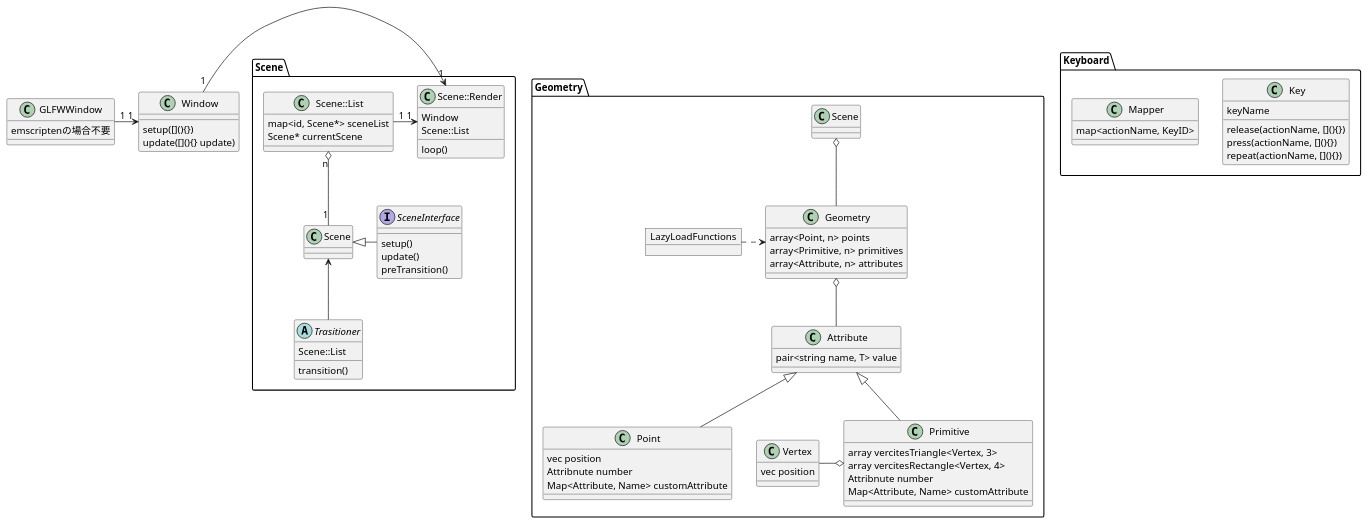
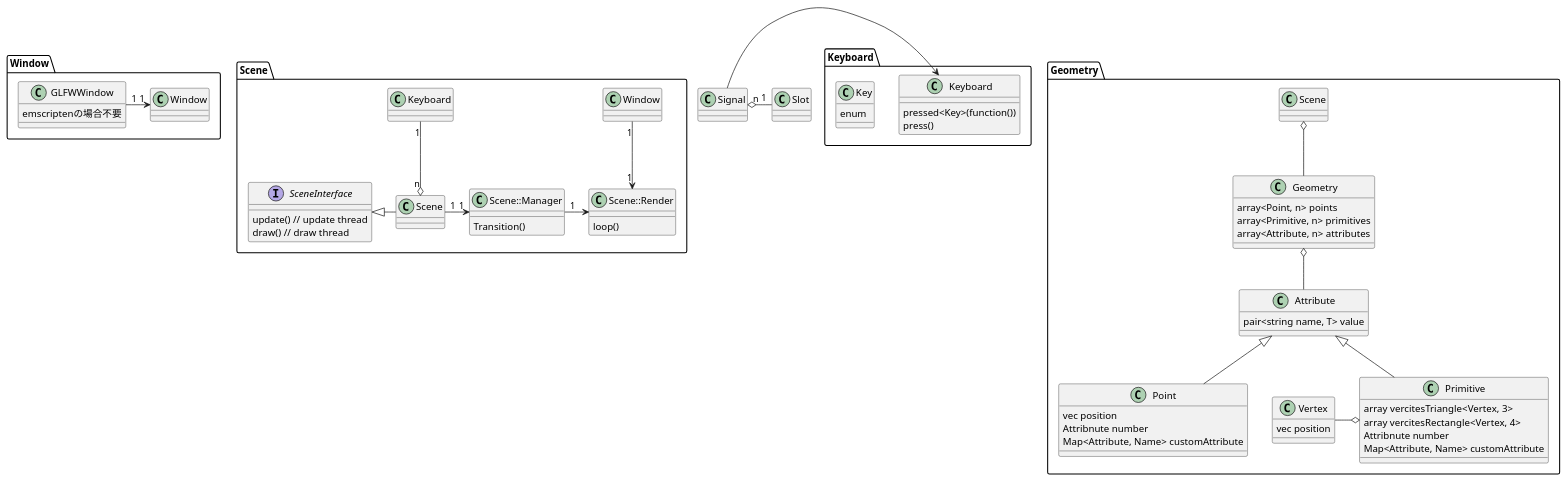
The diagram in UML/classs.pu (thu0x31/Learn_OpenGL_and_Managers), drawn with PlantUML before and after one commit. The commit also changed 17 other files, not shown here.

Commit message:
Transition Scene if Key press

```diff
--- a/UML/classs.pu
+++ b/UML/classs.pu
@@ -1,104 +1,92 @@
 @startuml thux
 ' eventは各自のオブジェクトが持ちたい
 
-class GLFWWindow {
-    emscriptenの場合不要
-}
-GLFWWindow "1" -> "1" Window
+package Window {
+    class GLFWWindow {
+        emscriptenの場合不要
+    }
+    GLFWWindow "1" -> "1" Window
 
-class Window {
-    setup([](){})
-    update([](){} update)
-}
-' Window --> Scene
-' Window --> Geometry
-
-package Scene {
-
-    class Scene::List {
-        map<id, Scene*> sceneList
-        Scene* currentScene
-    }
-    Scene::List "n" o-- "1" Scene
-    
-    class Scene::Render {
-        Window
-        Scene::List
-        loop()
-    }
-    Window "1" -> "1" Scene::Render
-    Scene::List "1" -> "1" Scene::Render
-
-    Scene <|- SceneInterface
-    interface SceneInterface {
-        setup()
-        update()
-        preTransition()
-    }
-
-    Scene <-- Trasitioner
-    abstract Trasitioner {
-        Scene::List
-        transition()
+    class Window {
     }
 }
 
+package Scene {
+    class Scene::Manager {
+        Transition()
+    }
+    Scene "1" -> "1" Scene::Manager
+    Keyboard "1" --o "n" Scene
+    
+    class Scene::Render {
+        loop()
+    }
+    Window "1" --> "1" Scene::Render
+    Scene::Manager "1" -> Scene::Render
+
+    SceneInterface <|- Scene
+    interface SceneInterface {
+        update() // update thread
+        draw() // draw thread
+    }
+}
+
+class Signal {
+
+}
+Signal "n" o- "1" Slot
+
+class Slot {
+
+}
+
 package Keyboard {
-    ' 1 : n ? key('e')
-    ' 1 : 1 key().press('e')
+
+    Keyboard <- Signal
+    class Keyboard {
+        pressed<Key>(function())
+        press()
+    }
     
     class Key {
-        keyName
-
-        ' signal slot
-        release(actionName, [](){})
-        press(actionName, [](){})
-        repeat(actionName, [](){})
-    }
-
-    class Mapper {
-        map<actionName, KeyID>
+        enum
     }
 }
 
 package Geometry {
     class Geometry {
         array<Point, n> points
         array<Primitive, n> primitives
         array<Attribute, n> attributes
     }
     Scene o-- Geometry
 
     Geometry o-- Attribute
 
-    object LazyLoadFunctions {
-
-    }
-    LazyLoadFunctions .> Geometry
 
     class Attribute {
         pair<string name, T> value
     }
 
     class Point {
         vec position
         Attribnute number
         Map<Attribute, Name> customAttribute
     }
     Attribute <|-- Point
 
     class Primitive {
         array vercitesTriangle<Vertex, 3>
         array vercitesRectangle<Vertex, 4>
         Attribnute number
         Map<Attribute, Name> customAttribute
     }
     Attribute <|-- Primitive
 
     class Vertex {
         vec position
     }
     Vertex -o Primitive
     ' Vertex <|- Attribute
 }
 @enduml
```
